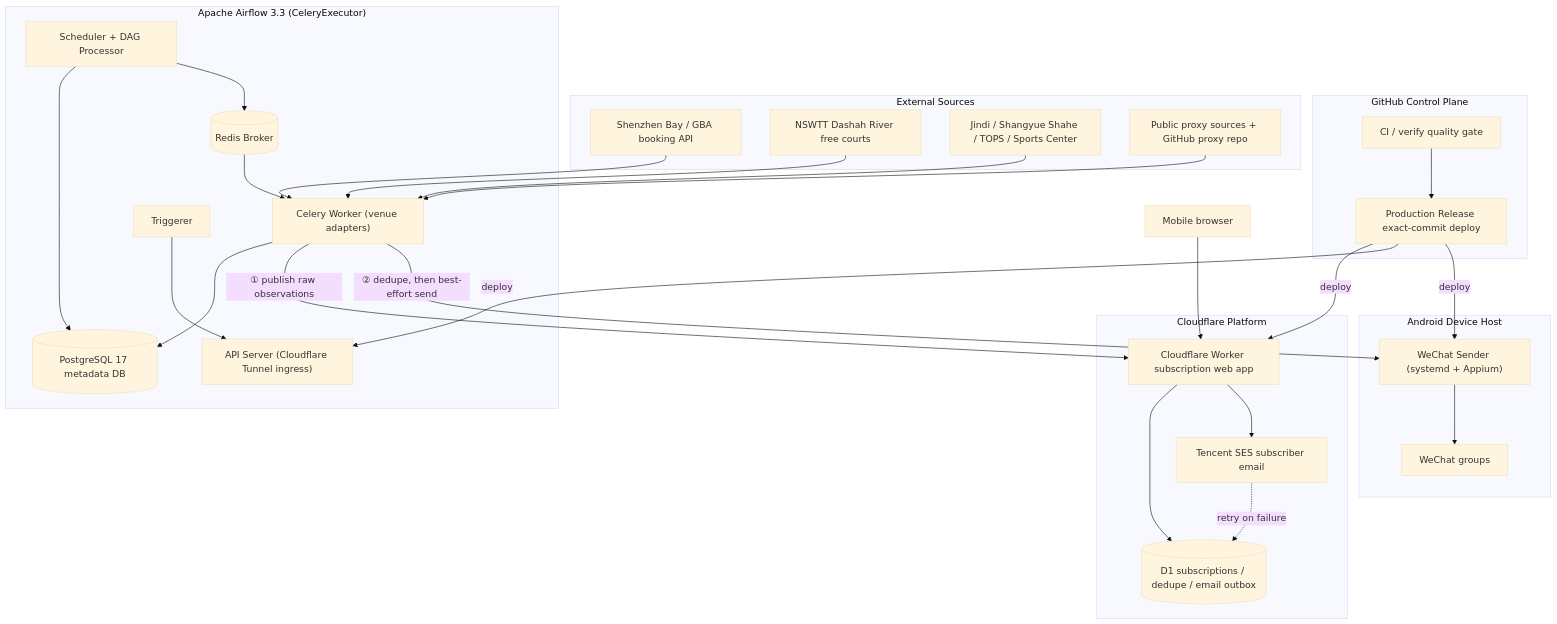
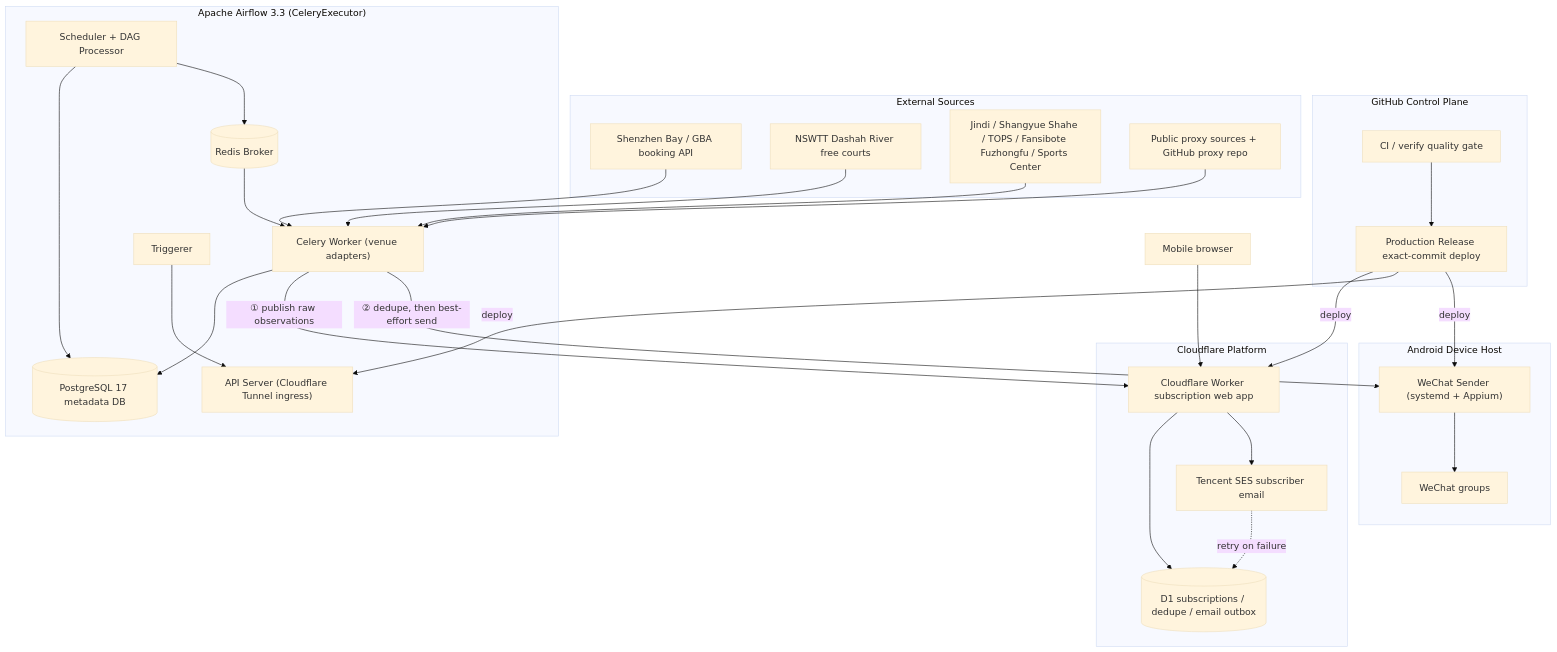
Before and after one commit to claude89757/wechat-on-airflow: the diagram in README.en.md, drawn with Mermaid (base theme). The commit also changed other lines of this file and 20 other files, not shown here.

````diff
--- a/README.en.md
+++ b/README.en.md
@@ -24,58 +24,58 @@
 ```mermaid
 flowchart TB
     subgraph control["GitHub Control Plane"]
         CI["CI / verify quality gate"]
         Release["Production Release exact-commit deploy"]
         CI --> Release
     end
 
     subgraph sources["External Sources"]
         SZ["Shenzhen Bay / GBA booking API"]
         NSWTT["NSWTT Dashah River free courts"]
-        VENUES["Jindi / Shangyue Shahe / TOPS / Sports Center"]
+        VENUES["Jindi / Shangyue Shahe / TOPS / Fansibote Fuzhongfu / Sports Center"]
         PROXY["Public proxy sources + GitHub proxy repo"]
     end
 
     subgraph airflow["Apache Airflow 3.3 (CeleryExecutor)"]
         Scheduler["Scheduler + DAG Processor"]
         Worker["Celery Worker (venue adapters)"]
         Triggerer["Triggerer"]
         DB[("PostgreSQL 17 metadata DB")]
         Redis[("Redis Broker")]
         ApiSrv["API Server (Cloudflare Tunnel ingress)"]
         Scheduler --> DB
         Scheduler --> Redis
         Redis --> Worker
         Worker --> DB
         Triggerer --> ApiSrv
     end
 
     subgraph cf["Cloudflare Platform"]
         WebApp["Cloudflare Worker subscription web app"]
         D1[("D1 subscriptions / dedupe / email outbox")]
         SES["Tencent SES subscriber email"]
         WebApp --> D1
         WebApp --> SES
         SES -. retry on failure .-> D1
     end
 
     subgraph android["Android Device Host"]
         Sender["WeChat Sender (systemd + Appium)"]
         Chat["WeChat groups"]
         Sender --> Chat
     end
 
     Browser["Mobile browser"] --> WebApp
 
     SZ --> Worker
     NSWTT --> Worker
     VENUES --> Worker
     PROXY --> Worker
 
     Worker -->|"① publish raw observations"| WebApp
     Worker -->|"② dedupe, then best-effort send"| Sender
 
     Release -->|"deploy"| WebApp
     Release -->|"deploy"| ApiSrv
     Release -->|"deploy"| Sender
 ```
````
